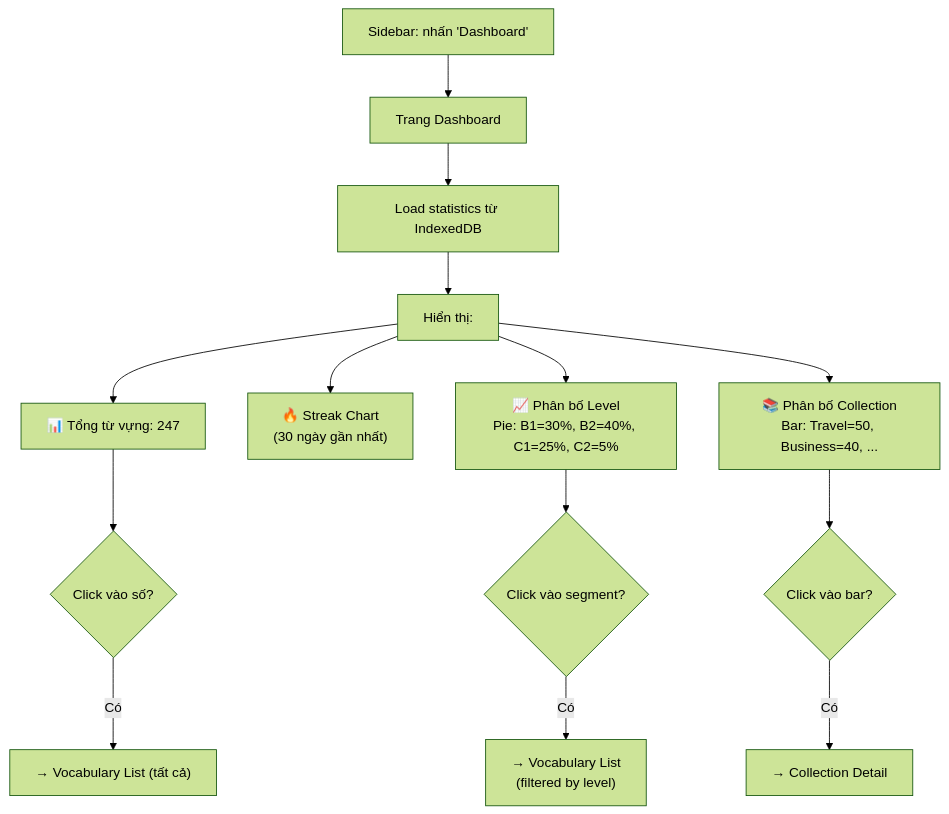
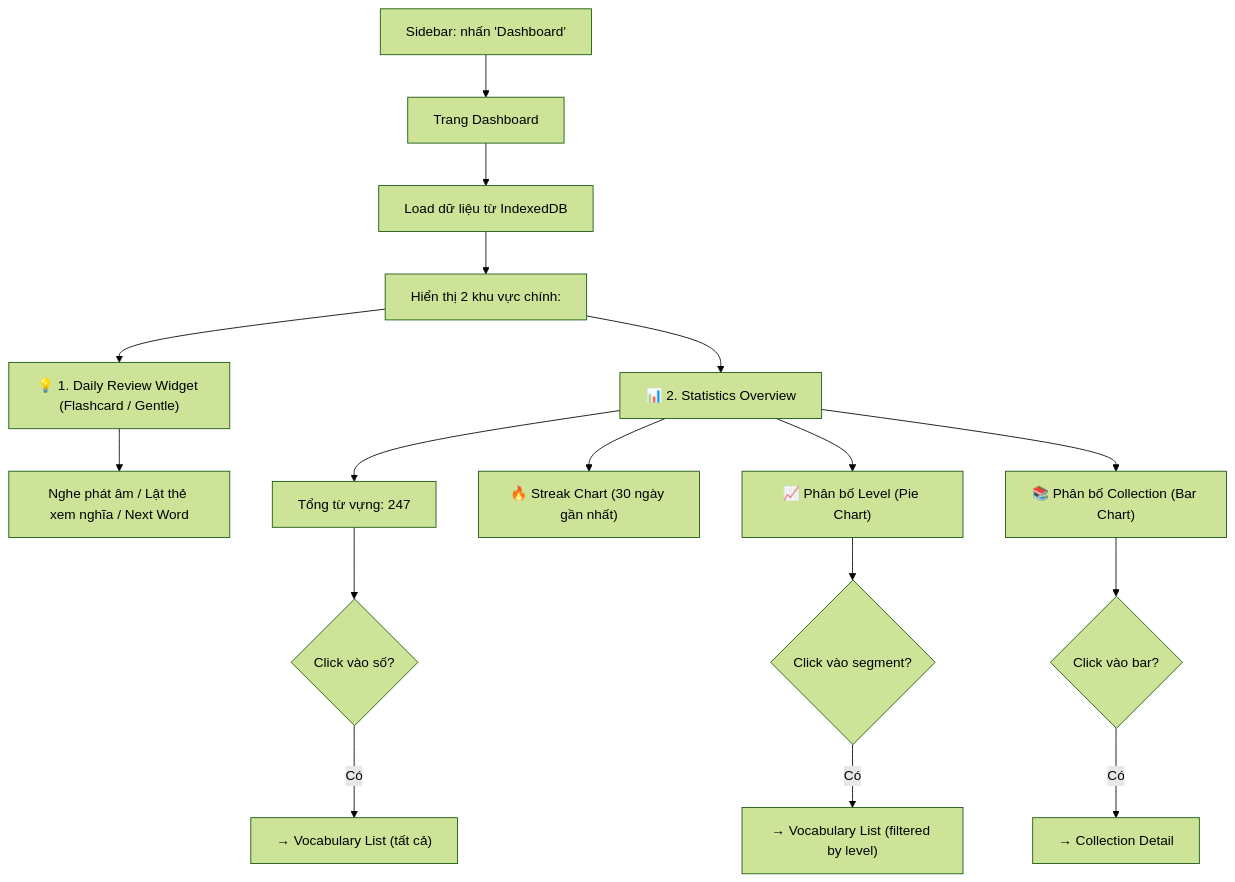
One commit to NguyenHungCuongg/mewmory changed the ninth of 10 diagrams in docs/User_Flows.md. Above: the diagram before and after it, drawn with Mermaid (forest theme). The commit also changed other lines of this file and 5 other files, not shown here.

````diff
--- a/docs/User_Flows.md
+++ b/docs/User_Flows.md
@@ -207,16 +210,19 @@
 ```mermaid
 flowchart TD
     A["Sidebar: nhấn 'Dashboard'"] --> B["Trang Dashboard"]
-    B --> C["Load statistics từ IndexedDB"]
-    C --> D["Hiển thị:"]
-    D --> E["📊 Tổng từ vựng: 247"]
-    D --> F["🔥 Streak Chart\n(30 ngày gần nhất)"]
-    D --> G["📈 Phân bố Level\nPie: B1=30%, B2=40%, C1=25%, C2=5%"]
-    D --> H["📚 Phân bố Collection\nBar: Travel=50, Business=40, ..."]
+    B --> C["Load dữ liệu từ IndexedDB"]
+    C --> D["Hiển thị 2 khu vực chính:"]
+    D --> W["💡 1. Daily Review Widget (Flashcard / Gentle)"]
+    W --> W1["Nghe phát âm / Lật thẻ xem nghĩa / Next Word"]
+    D --> S["📊 2. Statistics Overview"]
+    S --> E["Tổng từ vựng: 247"]
+    S --> F["🔥 Streak Chart (30 ngày gần nhất)"]
+    S --> G["📈 Phân bố Level (Pie Chart)"]
+    S --> H["📚 Phân bố Collection (Bar Chart)"]
     E --> I{"Click vào số?"}
     I -->|Có| J["→ Vocabulary List (tất cả)"]
     G --> K{"Click vào segment?"}
-    K -->|Có| L["→ Vocabulary List\n(filtered by level)"]
+    K -->|Có| L["→ Vocabulary List (filtered by level)"]
     H --> M{"Click vào bar?"}
     M -->|Có| N["→ Collection Detail"]
 ```
````
